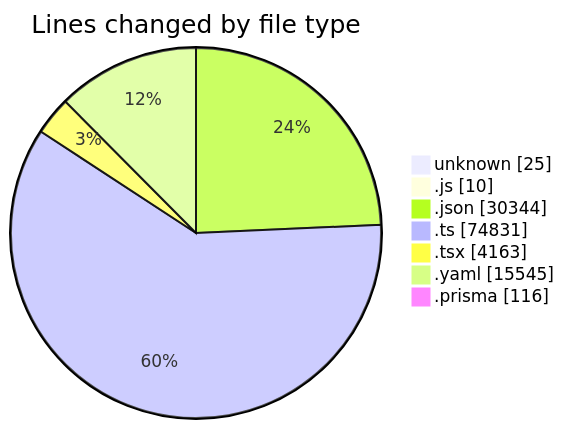
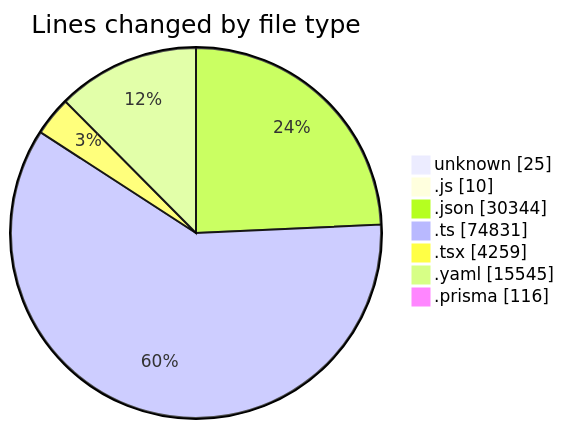
One commit to CELIANVF/code-tracking changed the first of 2 diagrams in 2025-05-02/ecodeli/README.md. Above: the diagram before and after it, drawn with Mermaid. The commit also changed other lines of this file and 1 other file, not shown here.

````diff
--- a/2025-05-02/ecodeli/README.md
+++ b/2025-05-02/ecodeli/README.md
@@ -69,11 +70,11 @@
 ```mermaid
 pie showData
 title Lines changed by file type
 "unknown" : 25
 ".js" : 10
 ".json" : 30344
 ".ts" : 74831
-".tsx" : 4163
+".tsx" : 4259
 ".yaml" : 15545
 ".prisma" : 116
 ```
````
